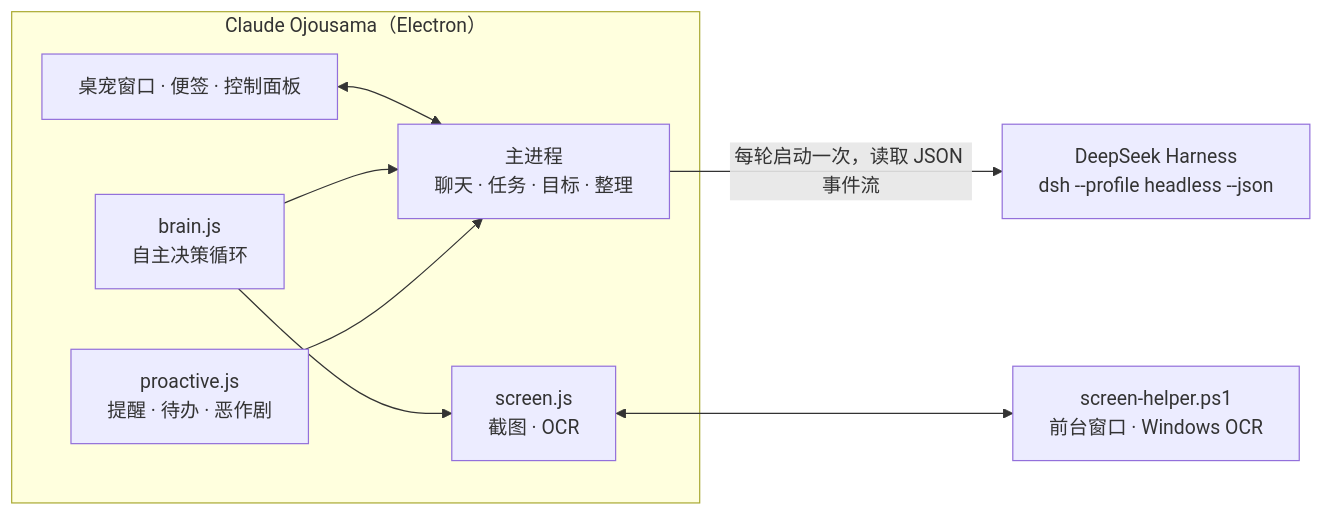
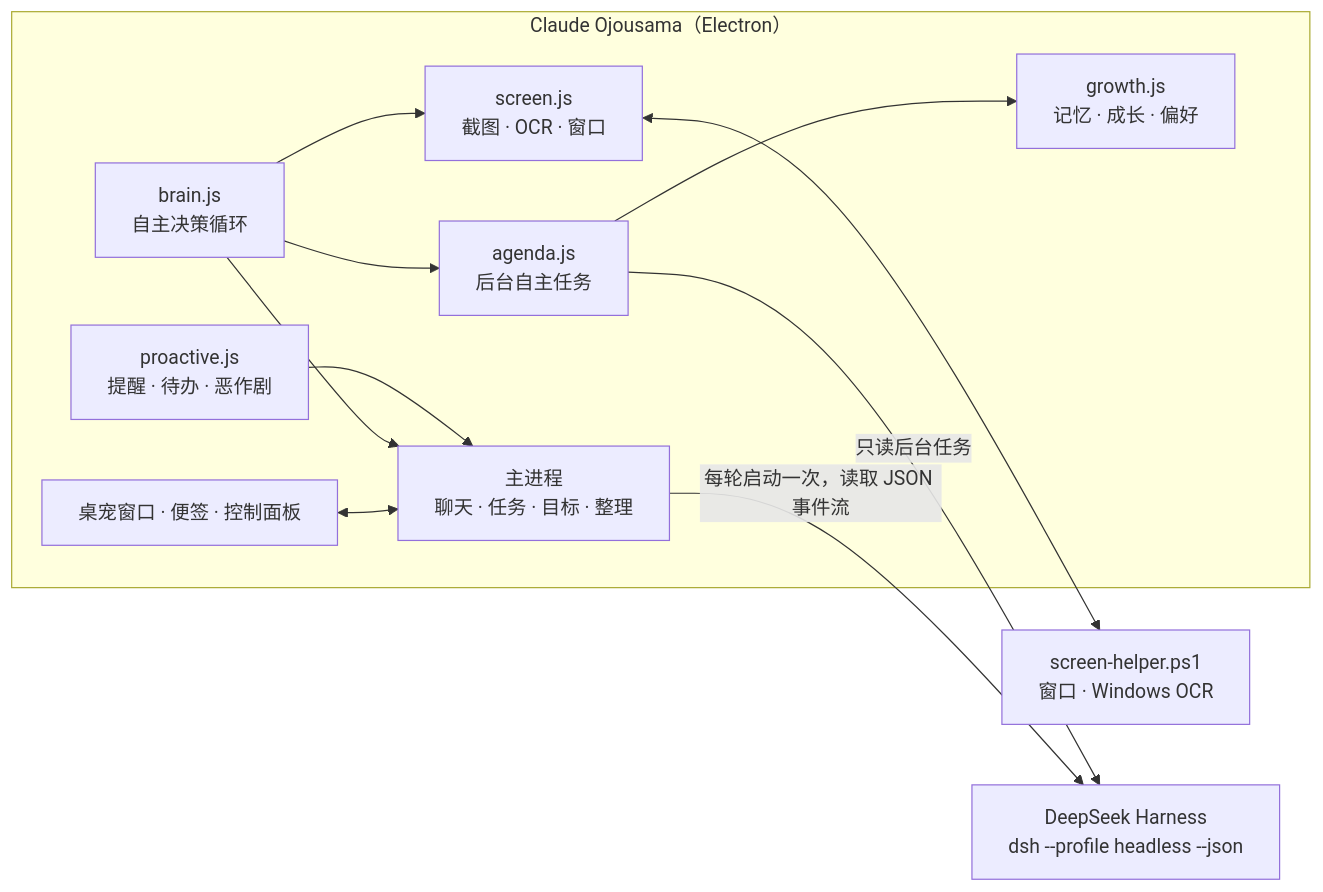
The diagram in README.md (Last-emo-boy/claude-ojousama), drawn with Mermaid before and after one commit. The commit also changed other lines of this file and 28 other files, not shown here.

First line of the commit message:
Window perching, memory and growth, background agenda, 20 new animations

````diff
--- a/README.md
+++ b/README.md
@@ -141,18 +177,23 @@
 ```mermaid
 flowchart LR
   subgraph Pet["Claude Ojousama（Electron）"]
     R["桌宠窗口 · 便签 · 控制面板"]
     M["主进程<br/>聊天 · 任务 · 目标 · 整理"]
     B["brain.js<br/>自主决策循环"]
     P["proactive.js<br/>提醒 · 待办 · 恶作剧"]
-    S["screen.js<br/>截图 · OCR"]
+    A["agenda.js<br/>后台自主任务"]
+    G["growth.js<br/>记忆 · 成长 · 偏好"]
+    S["screen.js<br/>截图 · OCR · 窗口"]
   end
-  H["screen-helper.ps1<br/>前台窗口 · Windows OCR"]
+  H["screen-helper.ps1<br/>窗口 · Windows OCR"]
   D["DeepSeek Harness<br/>dsh --profile headless --json"]
   R <--> M
   B --> M
+  B --> A
+  A --> G
   P --> M
   S <--> H
   B --> S
   M -- "每轮启动一次，读取 JSON 事件流" --> D
+  A -- "只读后台任务" --> D
 ```
````
